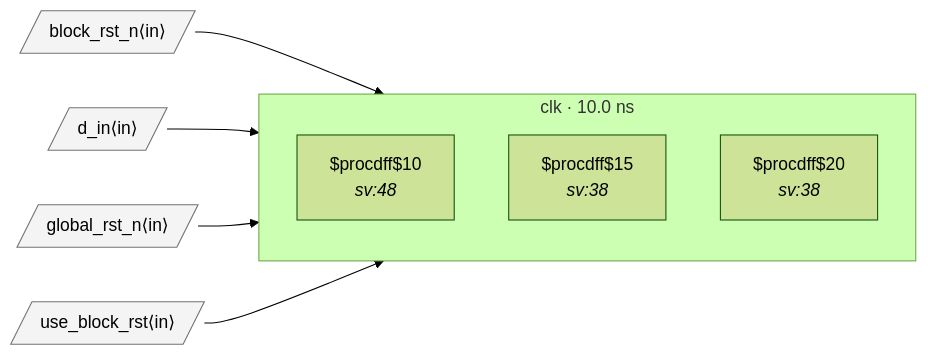
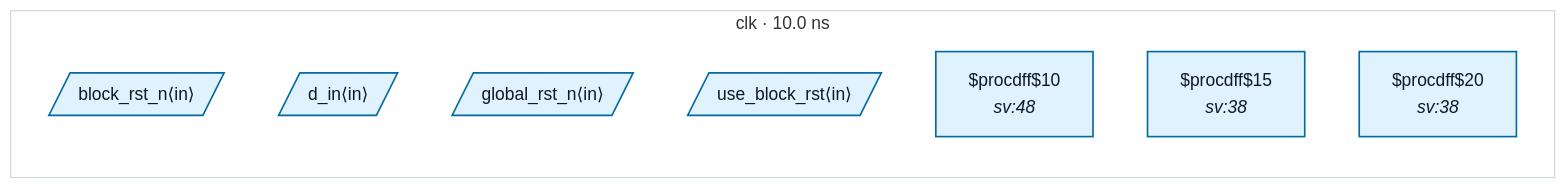
Before and after one commit to rtl-buddy/rtl-buddy-cdc: the diagram in tests/fixtures/good_rdc_005_muxed_reset/README.md, drawn with Mermaid (forest theme). The commit also changed 71 other files, not shown here.

````diff
--- a/tests/fixtures/good_rdc_005_muxed_reset/README.md
+++ b/tests/fixtures/good_rdc_005_muxed_reset/README.md
@@ -30,19 +30,18 @@
 ```mermaid
 %% good_rdc_005_muxed_reset — generated by rtl-buddy-cdc render
 flowchart LR
   subgraph clk_clk["clk · 10.0 ns"]
     direction TB
-    f_8c7293c0["$procdff$10<br/><i>sv:48</i>"]
-    f_31ca846e["$procdff$15<br/><i>sv:38</i>"]
-    f_0e234dff["$procdff$20<br/><i>sv:38</i>"]
+    p_in_block_rst_n[/"block_rst_n⟨in⟩"/]:::ckcls_clk
+    p_in_d_in[/"d_in⟨in⟩"/]:::ckcls_clk
+    p_in_global_rst_n[/"global_rst_n⟨in⟩"/]:::ckcls_clk
+    p_in_use_block_rst[/"use_block_rst⟨in⟩"/]:::ckcls_clk
+    f_8c7293c0["$procdff$10<br/><i>sv:48</i>"]:::ckcls_clk
+    f_31ca846e["$procdff$15<br/><i>sv:38</i>"]:::ckcls_clk
+    f_0e234dff["$procdff$20<br/><i>sv:38</i>"]:::ckcls_clk
   end
-  p_in_block_rst_n[/"block_rst_n⟨in⟩"/]:::port
-  p_in_d_in[/"d_in⟨in⟩"/]:::port
-  p_in_global_rst_n[/"global_rst_n⟨in⟩"/]:::port
-  p_in_use_block_rst[/"use_block_rst⟨in⟩"/]:::port
-  p_in_block_rst_n --> f_8c7293c0
-  p_in_d_in --> f_8c7293c0
-  p_in_global_rst_n --> f_8c7293c0
-  p_in_use_block_rst --> f_8c7293c0
-  classDef port fill:#f4f4f5,stroke:#71717a
+  style clk_clk fill:none,stroke:#cbd5e1
+  classDef ckcls_clk fill:#e0f2fe,stroke:#0369a1,stroke-width:1.5px,color:#0f172a
+  classDef port_unassigned fill:#f4f4f5,stroke:#71717a,color:#0f172a
+  classDef ckcls_legend_neutral fill:#ffffff,stroke:#cbd5e1,stroke-width:1px,color:#0f172a
 ```
````
